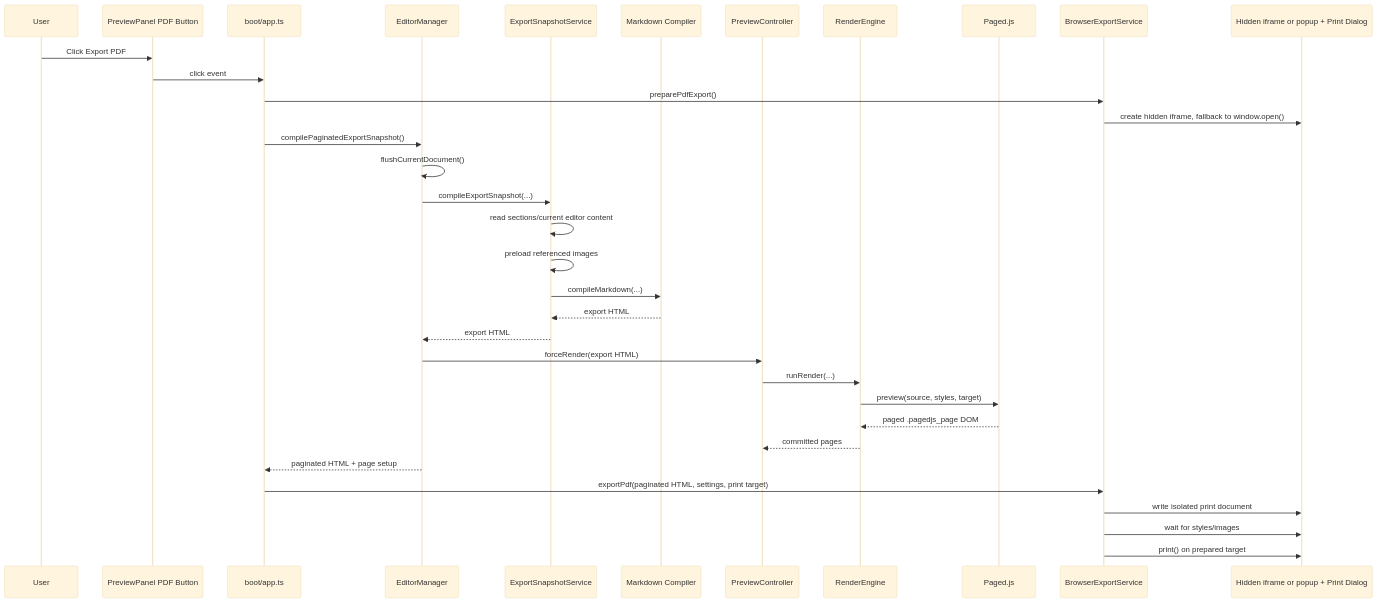
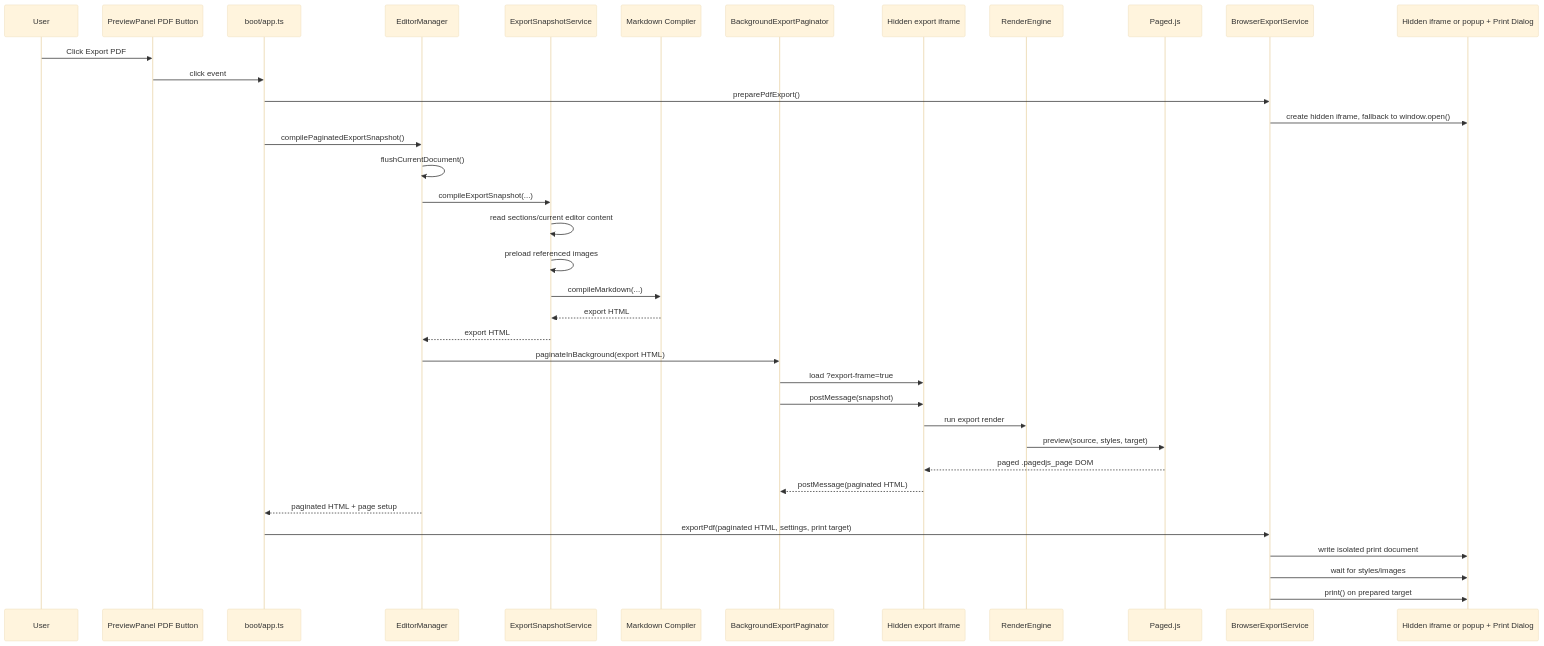
One commit to vtvfdccvn4-crypto/clean-writer changed the diagram in docs/user/exporting.md. Above: the diagram before and after it, drawn with Mermaid (base theme). The commit also changed other lines of this file and 37 other files, not shown here.

````diff
--- a/docs/user/exporting.md
+++ b/docs/user/exporting.md
@@ -33,37 +35,40 @@
 ```mermaid
 sequenceDiagram
   participant User
   participant PreviewButton as PreviewPanel PDF Button
   participant Boot as boot/app.ts
   participant EditorManager
   participant Snapshot as ExportSnapshotService
   participant Compiler as Markdown Compiler
-  participant Preview as PreviewController
+  participant Paginator as BackgroundExportPaginator
+  participant Frame as Hidden export iframe
   participant RenderEngine
   participant Paged as Paged.js
   participant ExportService as BrowserExportService
   participant Browser as Hidden iframe or popup + Print Dialog
 
   User->>PreviewButton: Click Export PDF
   PreviewButton->>Boot: click event
   Boot->>ExportService: preparePdfExport()
   ExportService->>Browser: create hidden iframe, fallback to window.open()
   Boot->>EditorManager: compilePaginatedExportSnapshot()
   EditorManager->>EditorManager: flushCurrentDocument()
   EditorManager->>Snapshot: compileExportSnapshot(...)
   Snapshot->>Snapshot: read sections/current editor content
   Snapshot->>Snapshot: preload referenced images
   Snapshot->>Compiler: compileMarkdown(...)
   Compiler-->>Snapshot: export HTML
   Snapshot-->>EditorManager: export HTML
-  EditorManager->>Preview: forceRender(export HTML)
-  Preview->>RenderEngine: runRender(...)
+  EditorManager->>Paginator: paginateInBackground(export HTML)
+  Paginator->>Frame: load ?export-frame=true
+  Paginator->>Frame: postMessage(snapshot)
+  Frame->>RenderEngine: run export render
   RenderEngine->>Paged: preview(source, styles, target)
-  Paged-->>RenderEngine: paged .pagedjs_page DOM
-  RenderEngine-->>Preview: committed pages
+  Paged-->>Frame: paged .pagedjs_page DOM
+  Frame-->>Paginator: postMessage(paginated HTML)
   EditorManager-->>Boot: paginated HTML + page setup
   Boot->>ExportService: exportPdf(paginated HTML, settings, print target)
   ExportService->>Browser: write isolated print document
   ExportService->>Browser: wait for styles/images
   ExportService->>Browser: print() on prepared target
 ```
````
